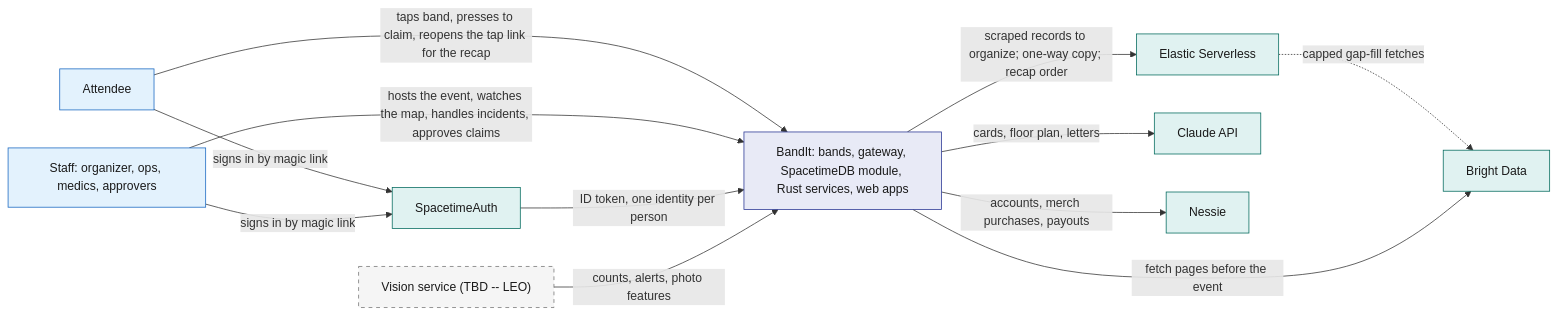
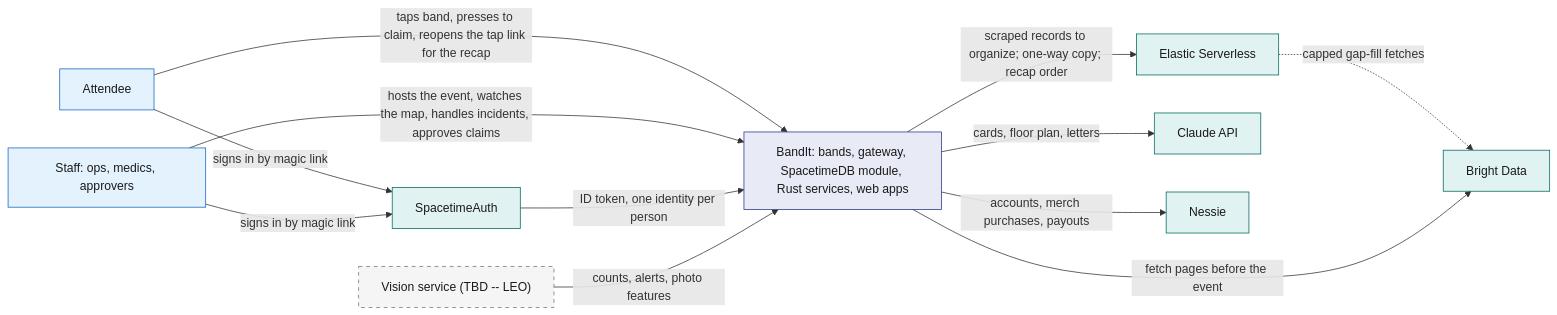
Before and after one commit to viktorinkov/cal-hacks-13: the first of 5 diagrams in System Design/1-overview/Architecture.md, drawn with Mermaid. The commit also changed other lines of this file and 15 other files, not shown here.

````diff
--- a/System Design/1-overview/Architecture.md
+++ b/System Design/1-overview/Architecture.md
@@ -57,33 +57,33 @@
 ```mermaid
 flowchart LR
   Attendee["Attendee"]
-  Staff["Staff: organizer, ops, medics, approvers"]
+  Staff["Staff: ops, medics, approvers"]
   BandIt["BandIt: bands, gateway, SpacetimeDB module, Rust services, web apps"]
   Auth["SpacetimeAuth"]
   Elastic["Elastic Serverless"]
   Claude["Claude API"]
   Nessie["Nessie"]
   Bright["Bright Data"]
   Vision["Vision service (TBD -- LEO)"]
 
   Attendee -->|"taps band, presses to claim, reopens the tap link for the recap"| BandIt
   Staff -->|"hosts the event, watches the map, handles incidents, approves claims"| BandIt
   Attendee -->|"signs in by magic link"| Auth
   Staff -->|"signs in by magic link"| Auth
   Auth -->|"ID token, one identity per person"| BandIt
   BandIt -->|"scraped records to organize; one-way copy; recap order"| Elastic
   Elastic -.->|"capped gap-fill fetches"| Bright
   BandIt -->|"cards, floor plan, letters"| Claude
   BandIt -->|"accounts, merch purchases, payouts"| Nessie
   BandIt -->|"fetch pages before the event"| Bright
   Vision -->|"counts, alerts, photo features"| BandIt
 
   classDef web fill:#E3F2FD,stroke:#1565C0,color:#1A1A1A
   classDef stdb fill:#E8EAF6,stroke:#283593,color:#1A1A1A
   classDef ext fill:#E0F2F1,stroke:#00695C,color:#1A1A1A
   classDef tbd fill:#F5F5F5,stroke:#757575,color:#1A1A1A,stroke-dasharray:5 5
   class Attendee,Staff web
   class BandIt stdb
   class Auth,Elastic,Claude,Nessie,Bright ext
   class Vision tbd
 ```
````
